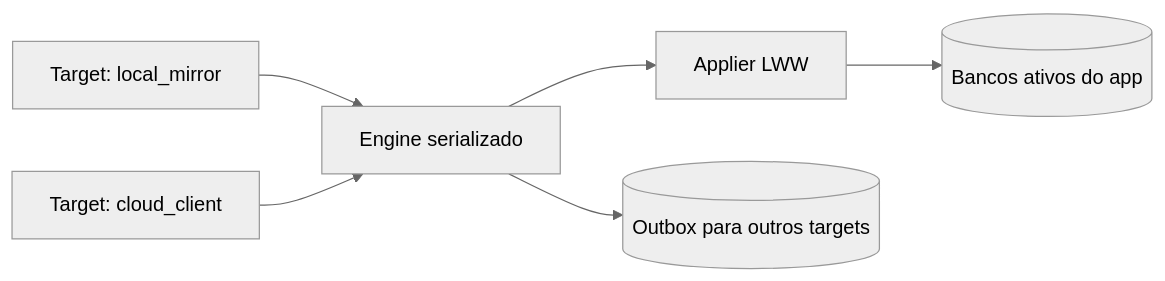
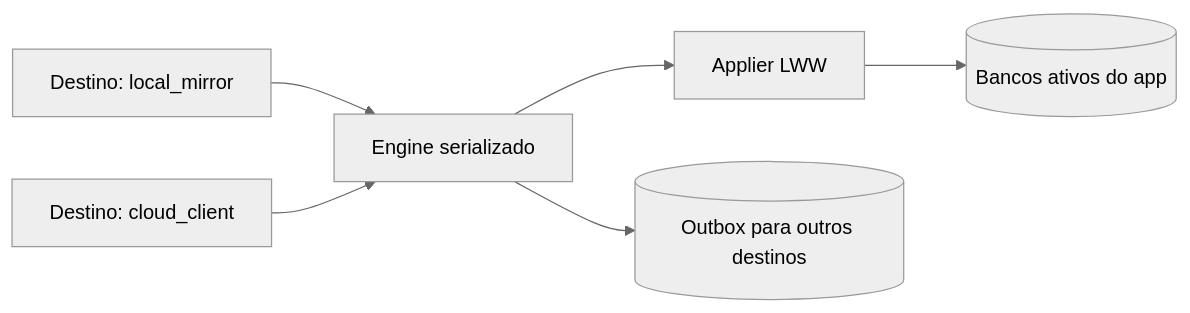
The second of 3 diagrams in docs/replication-architecture.md (migmoroni/veterinary-clinic), drawn with Mermaid (neutral theme) before and after one commit. The commit also changed other lines of this file and 41 other files, not shown here.

````diff
--- a/docs/replication-architecture.md
+++ b/docs/replication-architecture.md
@@ -26,14 +26,14 @@
 ```mermaid
 flowchart LR
-    LOCAL[Target: local_mirror]
-    CLOUD[Target: cloud_client]
+    LOCAL[Destino: local_mirror]
+    CLOUD[Destino: cloud_client]
     ENGINE[Engine serializado]
     APPLIER[Applier LWW]
     APP[(Bancos ativos do app)]
-    OUTBOX[(Outbox para outros targets)]
+    OUTBOX[(Outbox para outros destinos)]
 
     LOCAL --> ENGINE
     CLOUD --> ENGINE
     ENGINE --> APPLIER --> APP
     ENGINE --> OUTBOX
 ```
````
